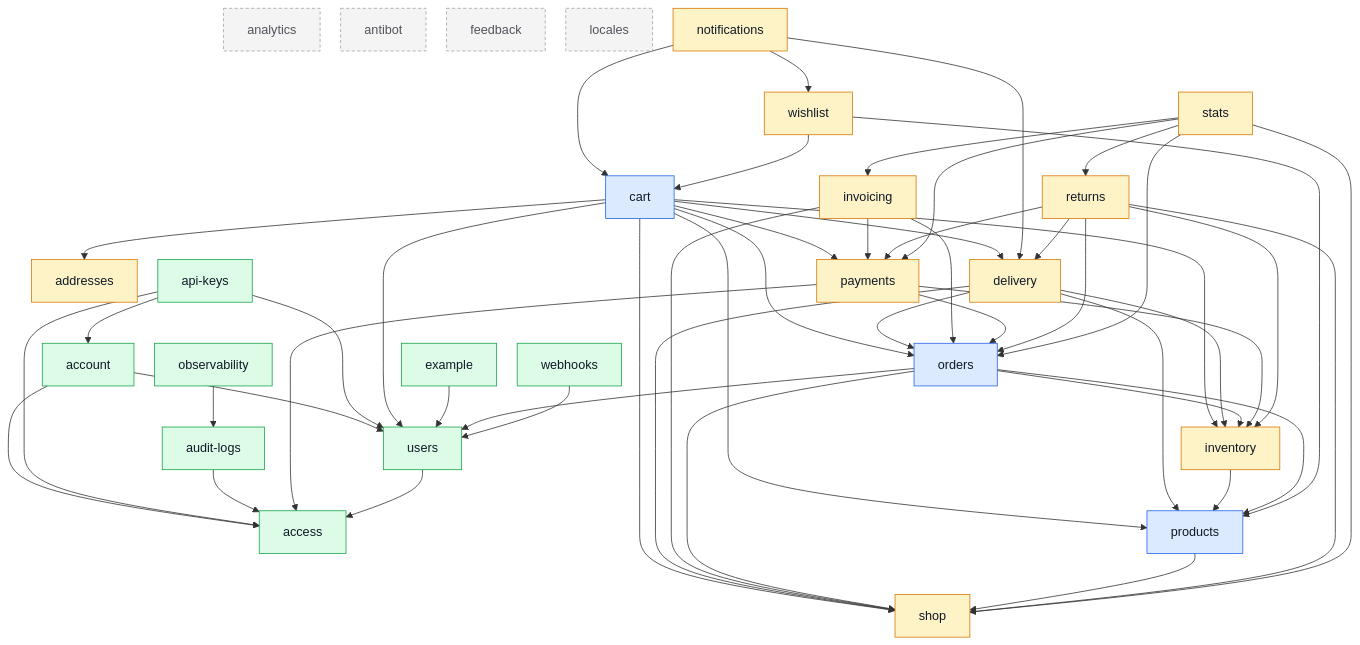
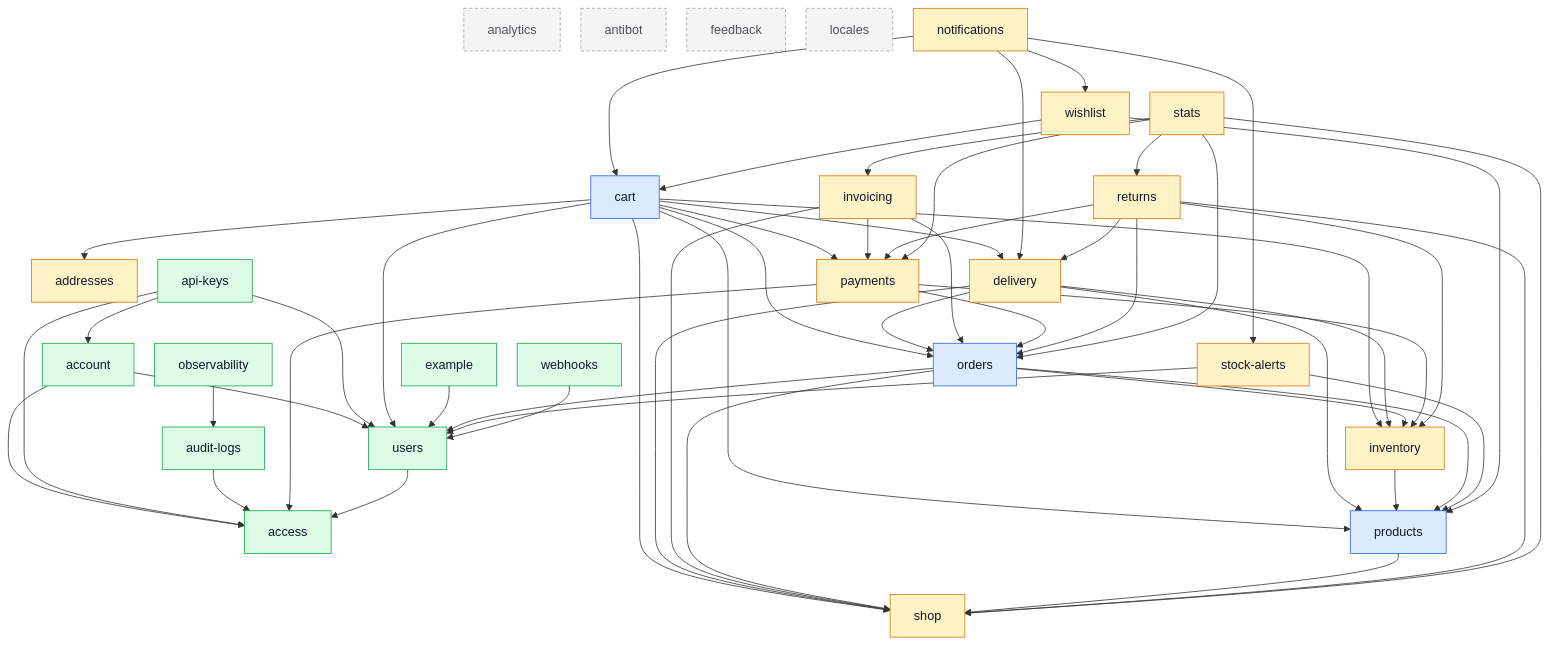
The diagram in docs/modules/index.md (Guebbit/boilerplate-node-backend), drawn with Mermaid before and after one commit. The commit also changed other lines of this file and 38 other files, not shown here.

First line of the commit message:
feat(stock-alerts): tell a buyer once when a product they asked about can be ordered again

````diff
--- a/docs/modules/index.md
+++ b/docs/modules/index.md
@@ -62,6 +62,7 @@
     returns
     shop
     stats
+    stock_alerts["stock-alerts"]
     users
     webhooks
     wishlist
@@ -91,6 +92,7 @@
     invoicing --> shop
     notifications --> cart
     notifications --> delivery
+    notifications --> stock_alerts
     notifications --> wishlist
     observability --> audit_logs
     orders --> inventory
@@ -111,6 +113,8 @@
     stats --> payments
     stats --> returns
     stats --> shop
+    stock_alerts --> products
+    stock_alerts --> users
     users --> access
     webhooks --> users
     wishlist --> cart
@@ -121,7 +125,7 @@
     classDef generic fill:#dcfce7,stroke:#16a34a,color:#111827;
     classDef isolated fill:#f4f4f5,stroke:#a1a1aa,color:#52525b,stroke-dasharray:4 3;
     class cart,orders,products core;
-    class addresses,delivery,inventory,invoicing,notifications,payments,returns,shop,stats,wishlist supporting;
+    class addresses,delivery,inventory,invoicing,notifications,payments,returns,shop,stats,stock_alerts,wishlist supporting;
     class access,account,api_keys,audit_logs,example,observability,users,webhooks generic;
     class analytics,antibot,feedback,locales isolated;
 ```
````
